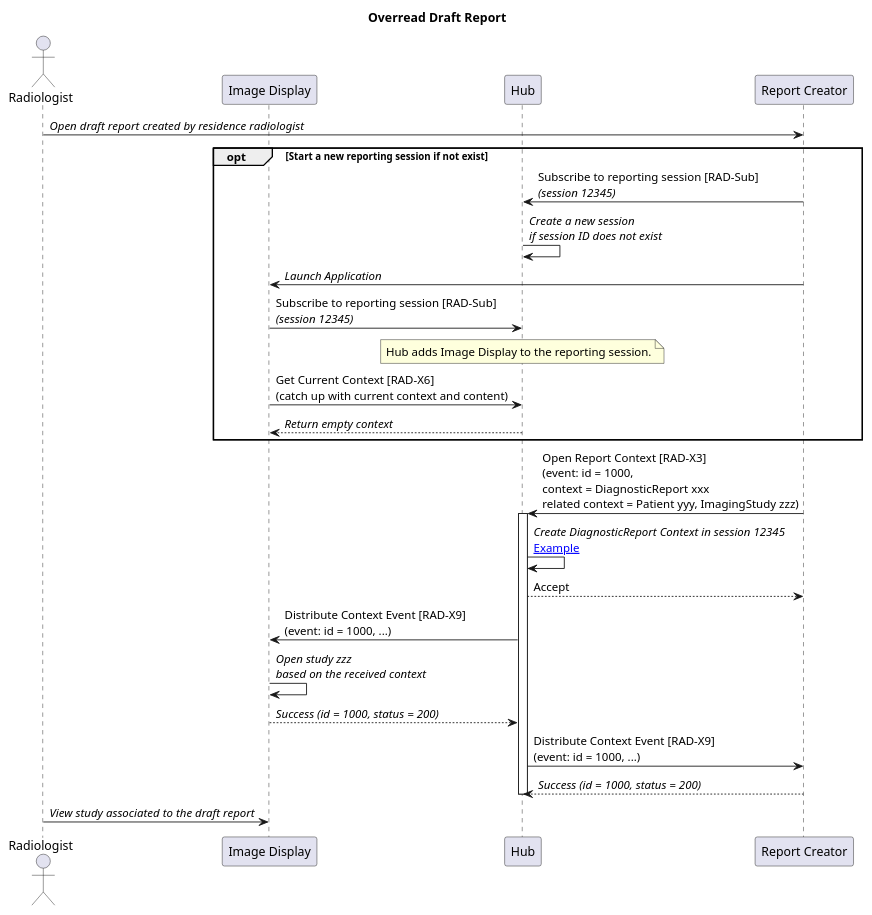
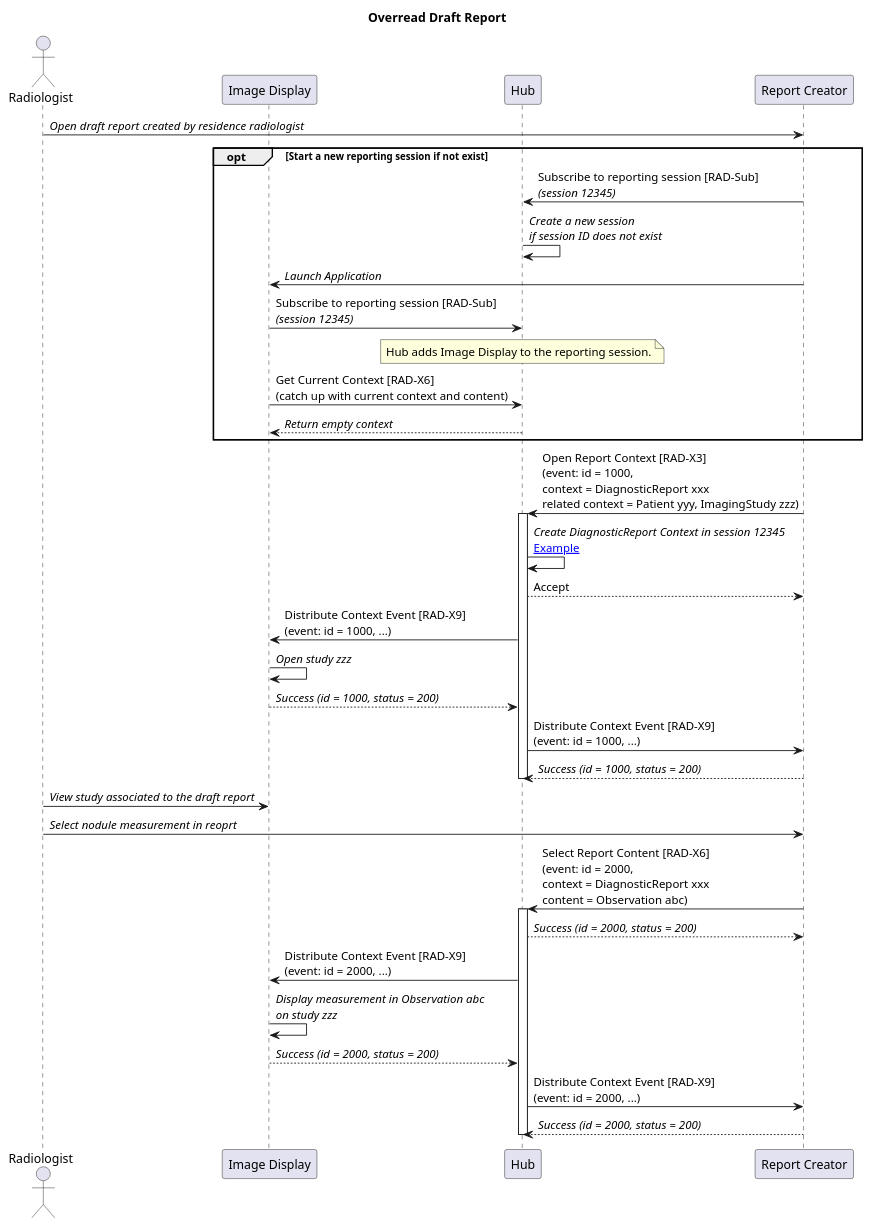
One commit to IHE/RAD.IRA changed the diagram in input/images-source/report-overread.plantuml. Above: the diagram before and after it, drawn with PlantUML. The commit also changed 1 other file, not shown here.

Commit message:
For UC5, added radiologist selects some measurements on report and shown in Image Display.

```diff
--- a/input/images-source/report-overread.plantuml
+++ b/input/images-source/report-overread.plantuml
@@ -1,43 +1,56 @@
 @startuml
 
 title: Overread Draft Report
 
 actor Radiologist as User
 participant "Image Display" as PACS
 participant "Hub" as Hub
 participant "Report Creator" as Report
 
 User->Report: //Open draft report created by residence radiologist//
 
 opt Start a new reporting session if not exist
 Report->Hub: Subscribe to reporting session [RAD-Sub]\n//(session 12345)//
 Hub->Hub: //Create a new session//\n//if session ID does not exist//
 
 Report->PACS: //Launch Application//
 
 PACS->Hub: Subscribe to reporting session [RAD-Sub]\n//(session 12345)//
 note over Hub
 Hub adds Image Display to the reporting session.
 end note
 
 PACS->Hub: Get Current Context [RAD-X6]\n(catch up with current context and content)
 Hub-->PACS: //Return empty context//
 end opt
 
 Report->Hub: Open Report Context [RAD-X3]\n(event: id = 1000,\ncontext = DiagnosticReport xxx\nrelated context = Patient yyy, ImagingStudy zzz)
 activate Hub
 
 Hub->Hub: //Create DiagnosticReport Context in session 12345//\n[[open_study_for_reporting.html#available-context-and-content-in-hub Example]]
 Hub-->Report: Accept
 
 Hub->PACS: Distribute Context Event [RAD-X9]\n(event: id = 1000, ...)
-PACS->PACS: //Open study zzz//\n//based on the received context//
+PACS->PACS: //Open study zzz//
 PACS-->Hub: //Success (id = 1000, status = 200)//
 
 Hub->Report: Distribute Context Event [RAD-X9]\n(event: id = 1000, ...)
 Report-->Hub: //Success (id = 1000, status = 200)//
 deactivate Hub
 
 User->PACS: //View study associated to the draft report//
 
+User->Report: //Select nodule measurement in reoprt//
+Report->Hub: Select Report Content [RAD-X6]\n(event: id = 2000,\ncontext = DiagnosticReport xxx\ncontent = Observation abc)
+activate Hub
+Hub-->Report: //Success (id = 2000, status = 200)//
+
+Hub->PACS: Distribute Context Event [RAD-X9]\n(event: id = 2000, ...)
+PACS->PACS: //Display measurement in Observation abc//\n//on study zzz//
+PACS-->Hub: //Success (id = 2000, status = 200)//
+
+Hub->Report: Distribute Context Event [RAD-X9]\n(event: id = 2000, ...)
+Report-->Hub: //Success (id = 2000, status = 200)//
+deactivate Hub
+
 @enduml
```
